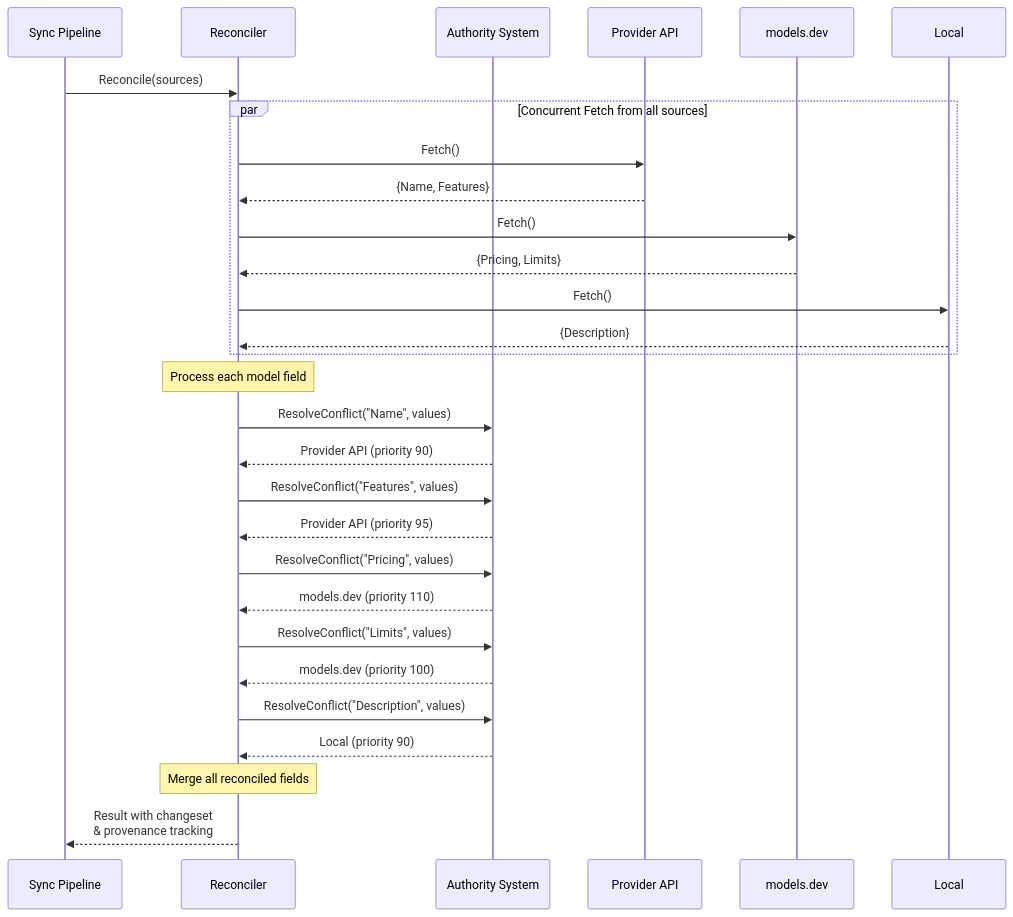
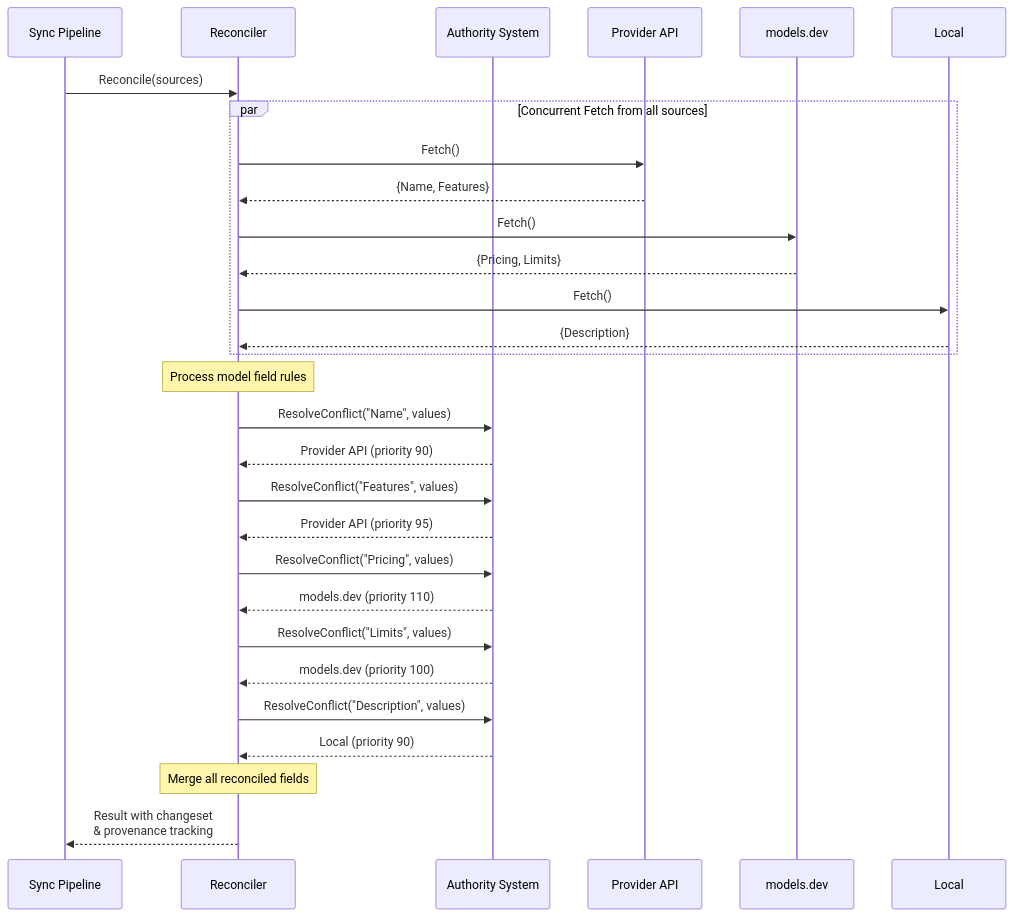
The sixth of 8 diagrams in docs/ARCHITECTURE.md (agentstation/starmap), drawn with Mermaid before and after one commit. The commit also changed other lines of this file and 80 other files, not shown here.

Commit message:
chore: checkpoint architecture baseline

````diff
--- a/docs/ARCHITECTURE.md
+++ b/docs/ARCHITECTURE.md
@@ -845,41 +850,41 @@
 ```mermaid
 sequenceDiagram
     participant Sync as Sync Pipeline
     participant Rec as Reconciler
     participant Auth as Authority System
     participant P as Provider API
     participant M as models.dev
     participant L as Local
 
     Sync->>Rec: Reconcile(sources)
 
     par Concurrent Fetch from all sources
         Rec->>P: Fetch()
         P-->>Rec: {Name, Features}
         Rec->>M: Fetch()
         M-->>Rec: {Pricing, Limits}
         Rec->>L: Fetch()
         L-->>Rec: {Description}
     end
 
-    Note over Rec: Process each model field
+    Note over Rec: Process model field rules
 
     Rec->>Auth: ResolveConflict("Name", values)
     Auth-->>Rec: Provider API (priority 90)
 
     Rec->>Auth: ResolveConflict("Features", values)
     Auth-->>Rec: Provider API (priority 95)
 
     Rec->>Auth: ResolveConflict("Pricing", values)
     Auth-->>Rec: models.dev (priority 110)
 
     Rec->>Auth: ResolveConflict("Limits", values)
     Auth-->>Rec: models.dev (priority 100)
 
     Rec->>Auth: ResolveConflict("Description", values)
     Auth-->>Rec: Local (priority 90)
 
     Note over Rec: Merge all reconciled fields
 
     Rec-->>Sync: Result with changeset<br/>& provenance tracking
 ```
````
